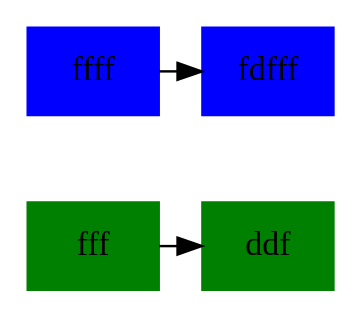
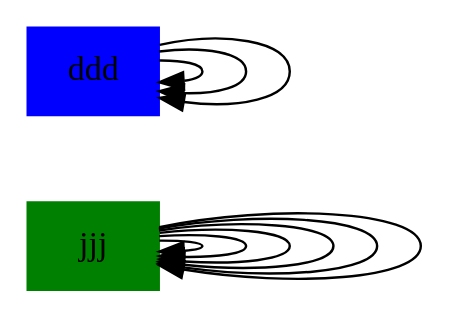
The diagram in lista2.dot (JulioR123/Practica1s12015_200915080), drawn with Graphviz before and after one commit. The commit also changed 14 other files, not shown here.

```diff
--- a/lista2.dot
+++ b/lista2.dot
@@ -1,1 +1,1 @@
-digraph G {  ffff[shape=box,color=blue, style=filled]ffff -> fdfff;ffff[shape=box,color=blue, style=filled]fdfff[shape=box,color=blue, style=filled]fff[shape=box,color=green, style=filled]fff -> ddf;ddf[shape=box,color=green, style=filled]{rank=source;"ffff";"ffff";"fdfff";}{rank=source;"ffff";"ffff";"fdfff";}{rank=same;"fff";"fff";"ddf";}}
+digraph G {  ddd[shape=box,color=blue, style=filled]ddd -> ddd;ddd[shape=box,color=blue, style=filled]ddd[shape=box,color=blue, style=filled]ddd -> ddd;ddd[shape=box,color=blue, style=filled]ddd[shape=box,color=blue, style=filled]ddd -> ddd;ddd[shape=box,color=blue, style=filled]ddd[shape=box,color=blue, style=filled]jjj[shape=box,color=green, style=filled]jjj -> jjj;jjj[shape=box,color=green, style=filled]jjj -> jjj;jjj[shape=box,color=green, style=filled]jjj -> jjj;jjj[shape=box,color=green, style=filled]jjj -> jjj;jjj[shape=box,color=green, style=filled]jjj -> jjj;jjj[shape=box,color=green, style=filled]jjj -> jjj;jjj[shape=box,color=green, style=filled]{rank=source;"ddd";"ddd";"ddd";"ddd";"ddd";}{rank=source;"ddd";"ddd";"ddd";"ddd";"ddd";}{rank=same;"jjj";"jjj";"jjj";"jjj";"jjj";"jjj";"jjj";"jjj";}}
```
